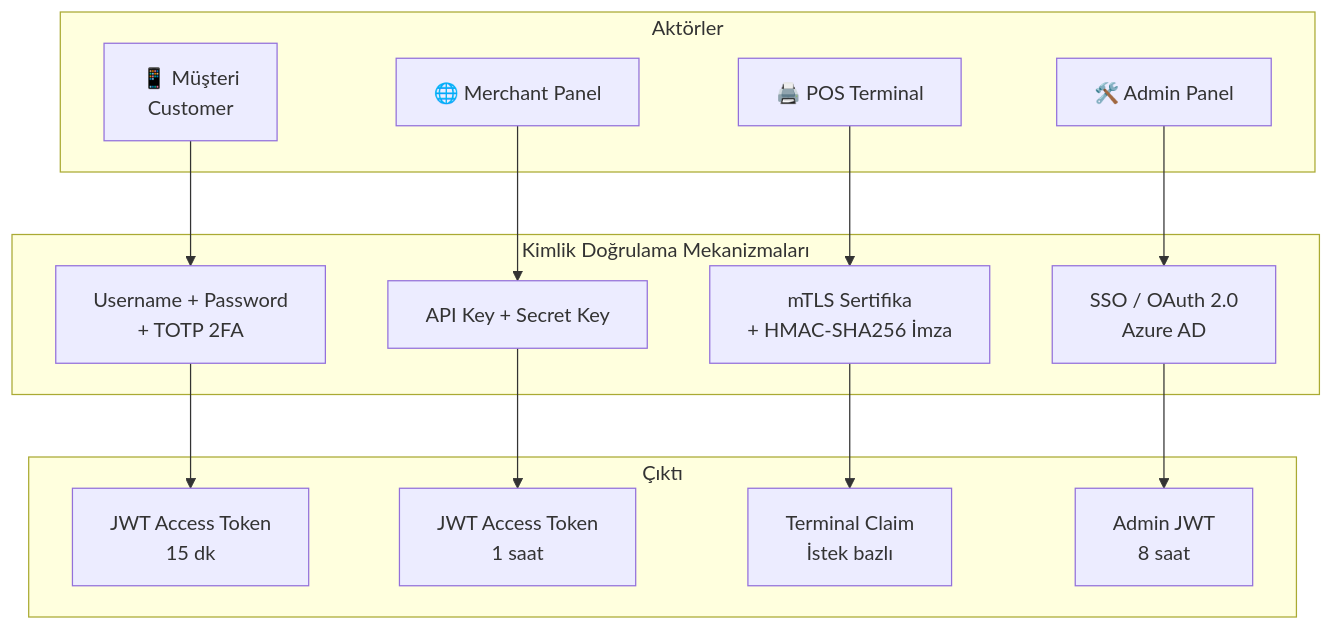
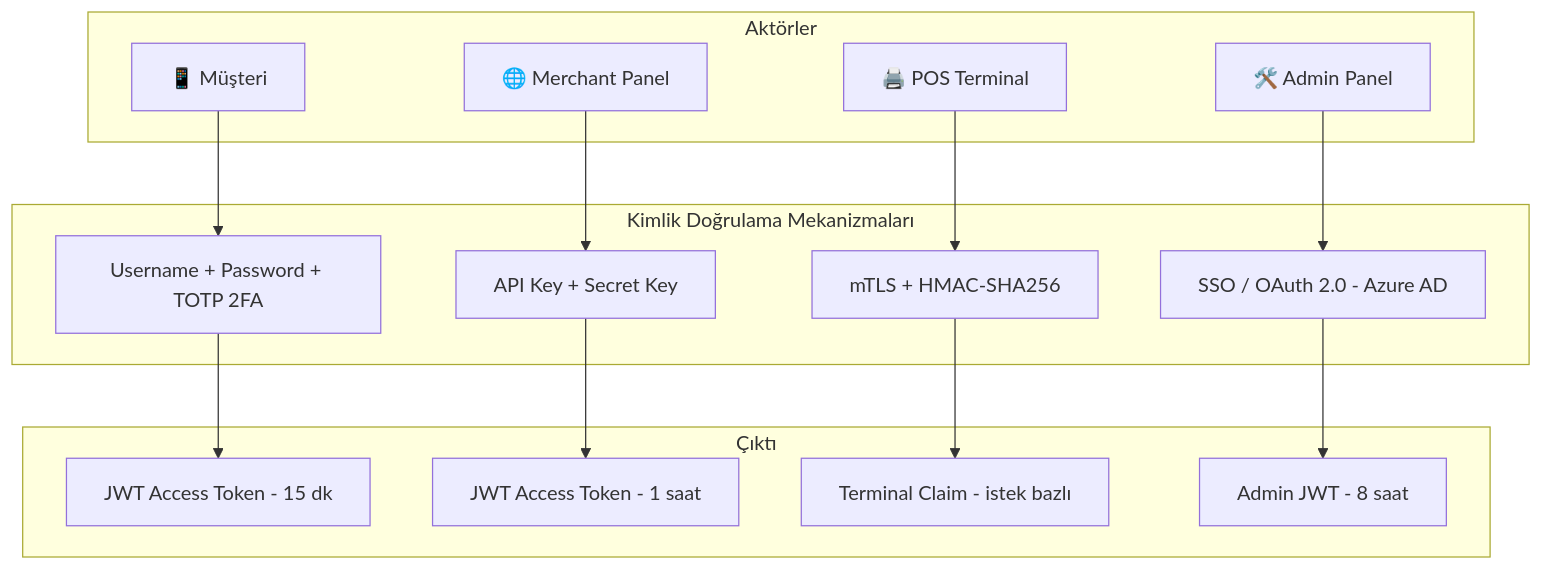
One commit to js-lover/qr-payment-system changed the first of 4 diagrams in docs/08-security/README.md. Above: the diagram before and after it, drawn with Mermaid. The commit also changed other lines of this file and 8 other files, not shown here.

First line of the commit message:
fix: resolve Mermaid diagram parse errors on GitHub

````diff
--- a/docs/08-security/README.md
+++ b/docs/08-security/README.md
@@ -33,28 +33,28 @@
 ```mermaid
 graph TD
     subgraph Actors [Aktörler]
-        A[📱 Müşteri\nCustomer]
-        B[🌐 Merchant Panel]
-        C[🖨️ POS Terminal]
-        D[🛠️ Admin Panel]
+        A["📱 Müşteri"]
+        B["🌐 Merchant Panel"]
+        C["🖨️ POS Terminal"]
+        D["🛠️ Admin Panel"]
     end
 
     subgraph AuthMechanisms [Kimlik Doğrulama Mekanizmaları]
-        E[Username + Password\n+ TOTP 2FA]
+        E[Username + Password + TOTP 2FA]
         F[API Key + Secret Key]
-        G[mTLS Sertifika\n+ HMAC-SHA256 İmza]
-        H[SSO / OAuth 2.0\nAzure AD]
+        G[mTLS + HMAC-SHA256]
+        H[SSO / OAuth 2.0 - Azure AD]
     end
 
     subgraph Result [Çıktı]
-        I[JWT Access Token\n15 dk]
-        J[JWT Access Token\n1 saat]
-        K[Terminal Claim\nİstek bazlı]
-        L[Admin JWT\n8 saat]
+        I[JWT Access Token - 15 dk]
+        J[JWT Access Token - 1 saat]
+        K[Terminal Claim - istek bazlı]
+        L[Admin JWT - 8 saat]
     end
 
     A --> E --> I
     B --> F --> J
     C --> G --> K
     D --> H --> L
 ```
````
